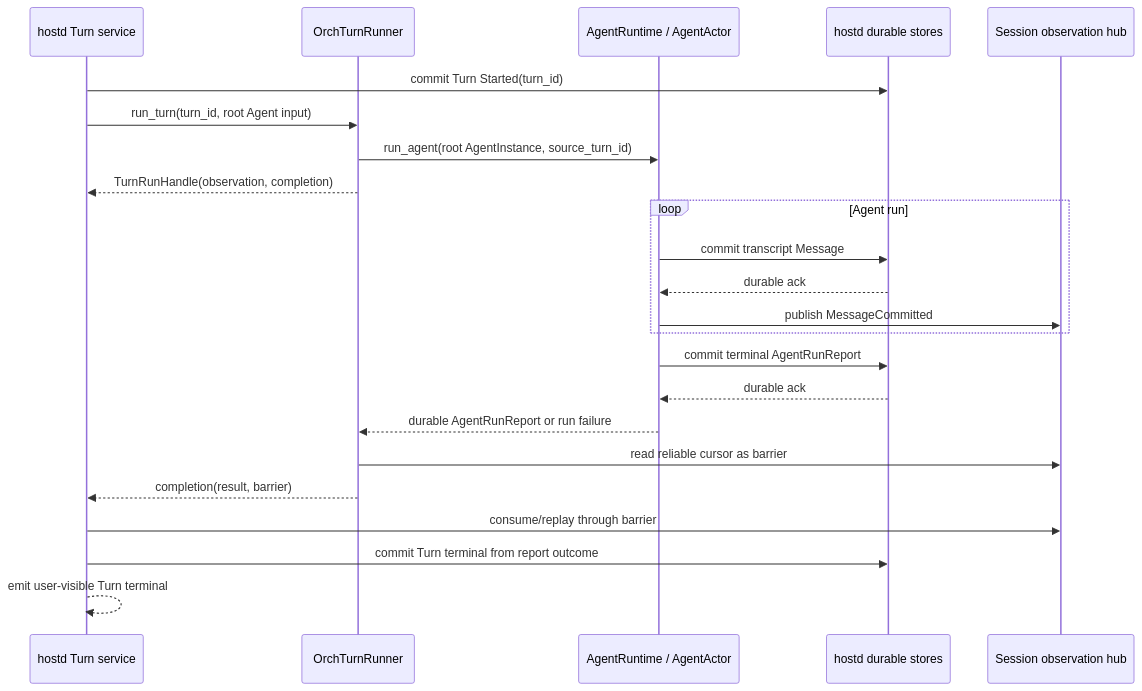
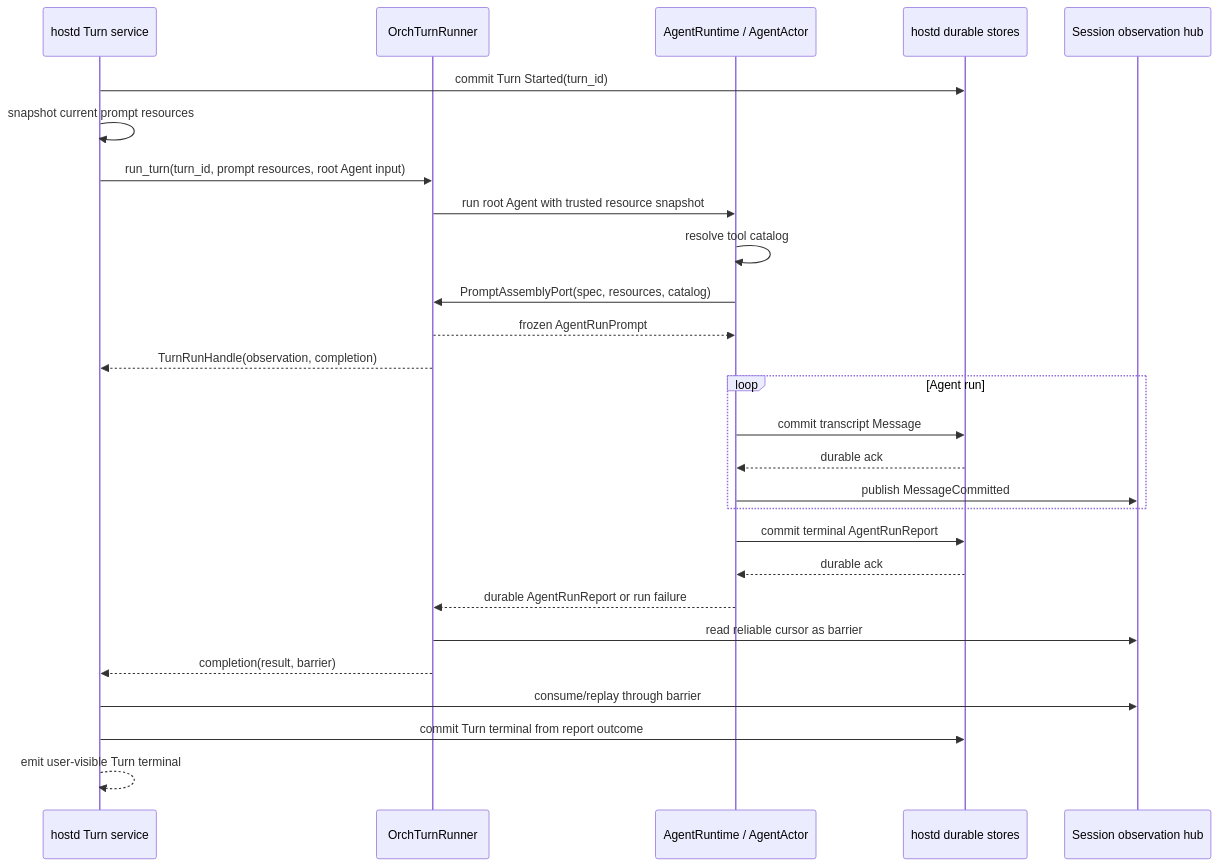
One commit to biuld/piko changed the diagram in docs/turn-agent-run-boundary-design.md. Above: the diagram before and after it, drawn with Mermaid. The commit also changed other lines of this file and 45 other files, not shown here.

First line of the commit message:
feat(orchd/hostd): implement agent prompt assembly and decouple execution state from agent lifecycle

````diff
--- a/docs/turn-agent-run-boundary-design.md
+++ b/docs/turn-agent-run-boundary-design.md
@@ -149,29 +175,33 @@
 ```mermaid
 sequenceDiagram
     participant H as hostd Turn service
     participant R as OrchTurnRunner
     participant A as AgentRuntime / AgentActor
     participant S as hostd durable stores
     participant O as Session observation hub
 
     H->>S: commit Turn Started(turn_id)
-    H->>R: run_turn(turn_id, root Agent input)
-    R->>A: run_agent(root AgentInstance, source_turn_id)
+    H->>H: snapshot current prompt resources
+    H->>R: run_turn(turn_id, prompt resources, root Agent input)
+    R->>A: run root Agent with trusted resource snapshot
+    A->>A: resolve tool catalog
+    A->>R: PromptAssemblyPort(spec, resources, catalog)
+    R-->>A: frozen AgentRunPrompt
     R-->>H: TurnRunHandle(observation, completion)
 
     loop Agent run
         A->>S: commit transcript Message
         S-->>A: durable ack
         A->>O: publish MessageCommitted
     end
 
     A->>S: commit terminal AgentRunReport
     S-->>A: durable ack
     A-->>R: durable AgentRunReport or run failure
     R->>O: read reliable cursor as barrier
     R-->>H: completion(result, barrier)
 
     H->>O: consume/replay through barrier
     H->>S: commit Turn terminal from report outcome
     H-->>H: emit user-visible Turn terminal
 ```
````
